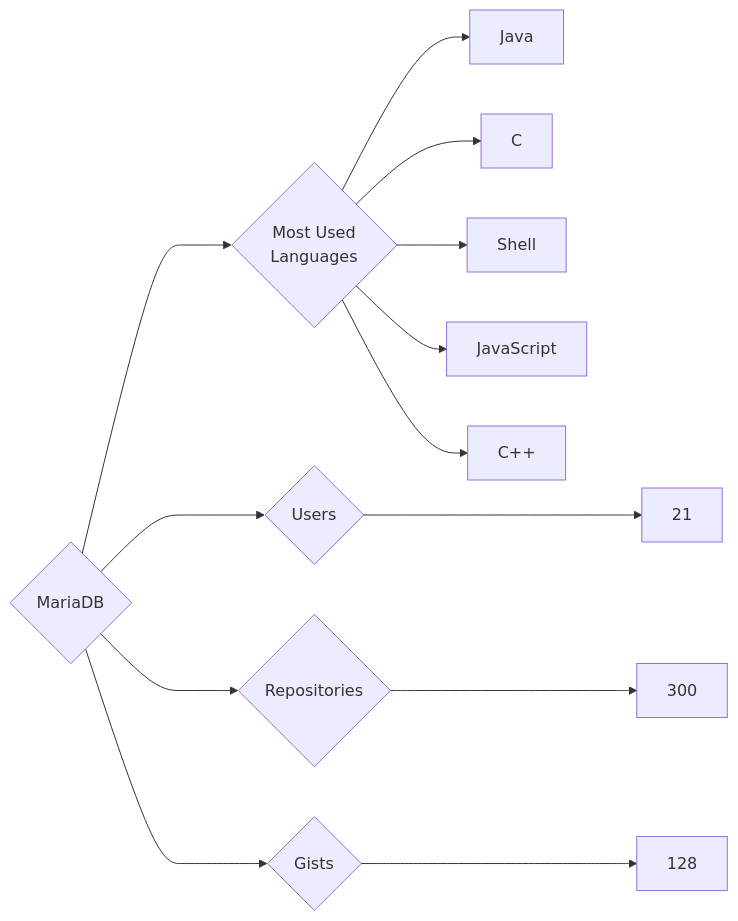
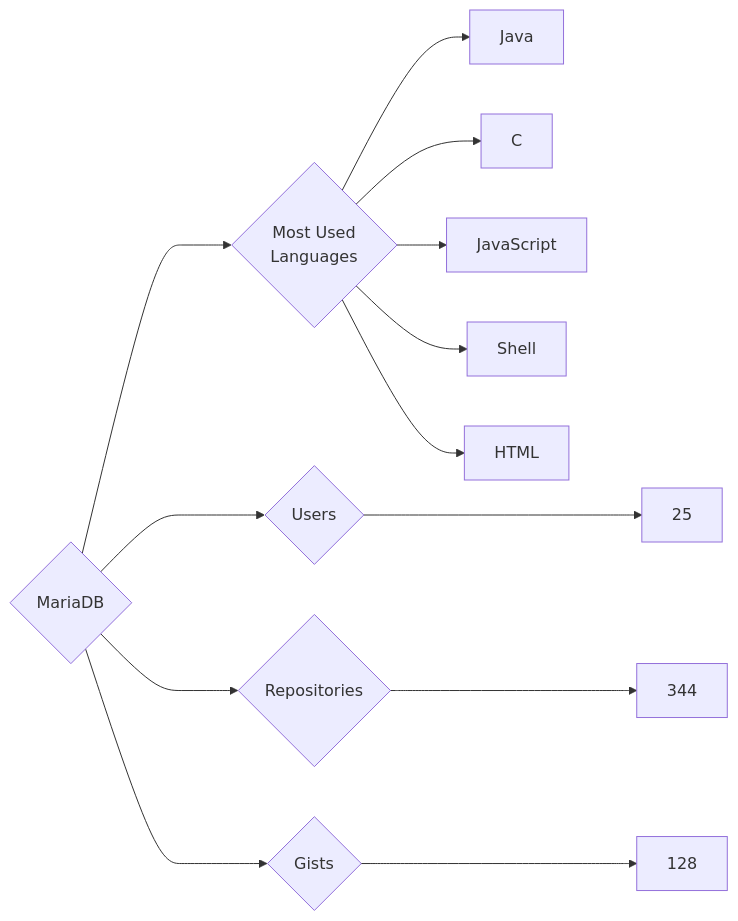
Before and after one commit to trickest/insiders: the diagram in targets/MariaDB/README.md, drawn with Mermaid. The commit also changed 888 other files, not shown here.

````diff
--- a/targets/MariaDB/README.md
+++ b/targets/MariaDB/README.md
@@ -3,13 +3,13 @@
 ```mermaid
 graph LR
 COMPANY_NAME{MariaDB}
-COMPANY_NAME ---> U{Users} ---> UN[21]
-COMPANY_NAME ---> R{Repositories} ---> RN[300]
+COMPANY_NAME ---> U{Users} ---> UN[25]
+COMPANY_NAME ---> R{Repositories} ---> RN[344]
 COMPANY_NAME ---> G{Gists} ---> GN[128]
 COMPANY_NAME ---> ML{Most Used<br>Languages}
 ML --> Java[Java]
 ML --> C[C]
+ML --> JavaScript[JavaScript]
 ML --> Shell[Shell]
-ML --> JavaScript[JavaScript]
-ML --> C++[C++]
+ML --> HTML[HTML]
 ```
````
